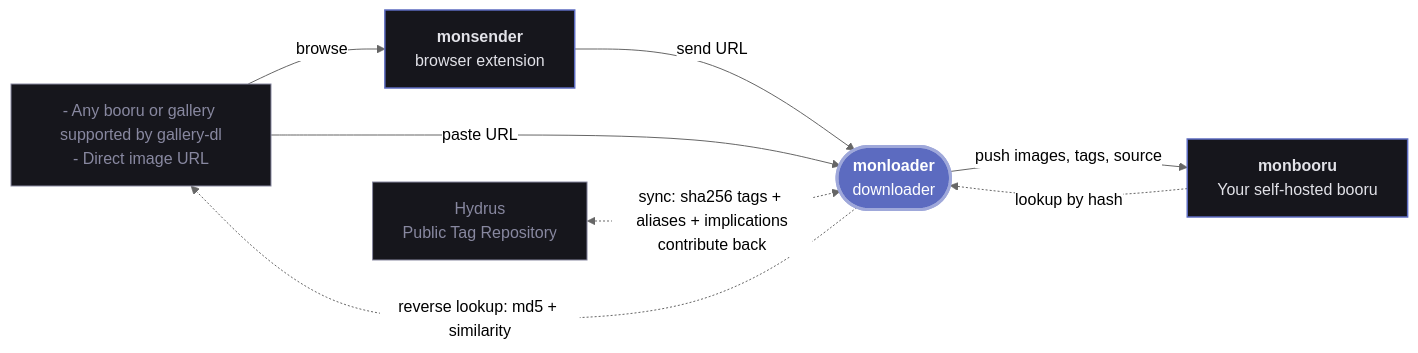
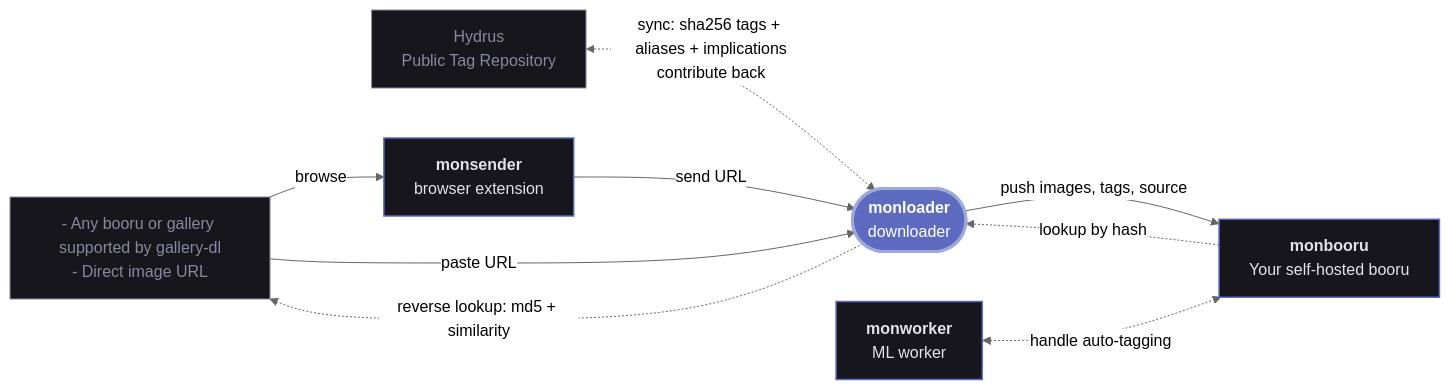
One commit to monbooru/monloader changed the diagram in README.md. Above: the diagram before and after it, drawn with Mermaid (neutral theme). The commit also changed other lines of this file, not shown here.

Commit message:
docs(readme): add monworker to the related apps

````diff
--- a/README.md
+++ b/README.md
@@ -33,37 +33,40 @@
 ```mermaid
 ---
 config:
   layout: dagre
   flowchart:
     wrappingWidth: 200
 ---
 flowchart LR
     web["`- Any booru or gallery supported by gallery-dl
 - Direct image URL`"]
     ptr["`Hydrus
 Public Tag Repository`"]
     sender["`**monsender**
 browser extension`"]
     loader(["`**monloader**
 downloader`"])
     booru["`**monbooru**
 Your self-hosted booru`"]
+    worker["`**monworker**
+ML worker`"]
 
     web -->|browse| sender
     sender -->|send URL| loader
     web -->|paste URL| loader
     loader -->|push images, tags, source| booru
 
     booru -.->|lookup by hash| loader
     loader -.->|reverse lookup: md5 + similarity| web
     ptr <-.->|"`sync: sha256 tags + aliases + implications
 contribute back`"| loader
+    worker <-.->|handle auto-tagging| booru
 
     classDef hub  fill:#5c6bc0,stroke:#9fa8da,stroke-width:3px,color:#ffffff;
     classDef tool fill:#16161c,stroke:#5c6bc0,stroke-width:1.5px,color:#e2e2e8;
     classDef src  fill:#16161c,stroke:#8888a0,stroke-width:1px,color:#8888a0;
 
     class loader hub;
-    class sender,booru tool;
+    class sender,booru,worker tool;
     class web,ptr src;
 ```
````
